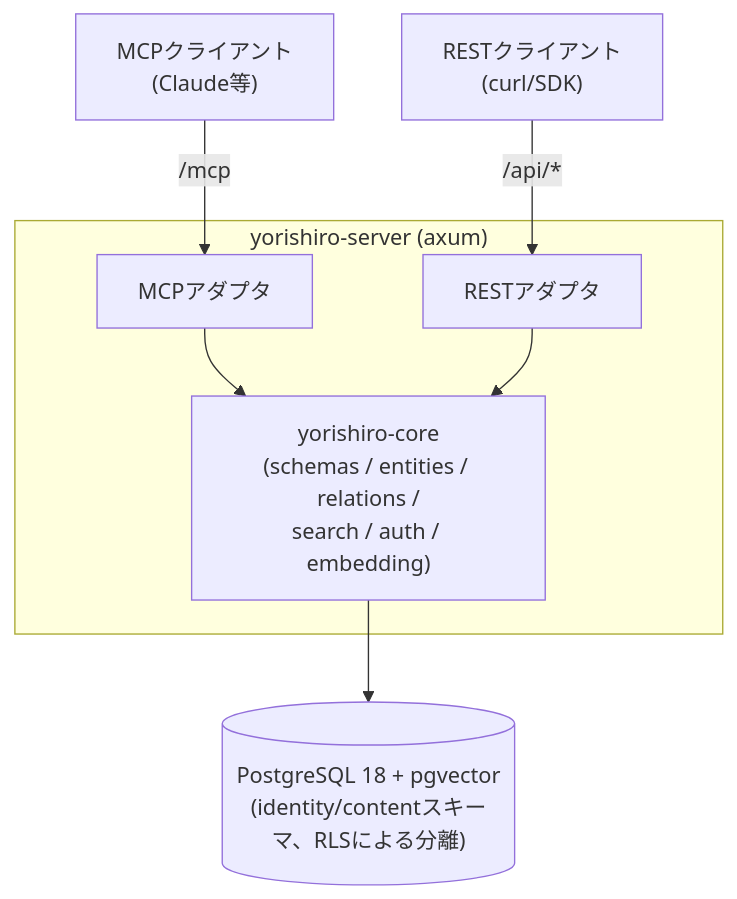
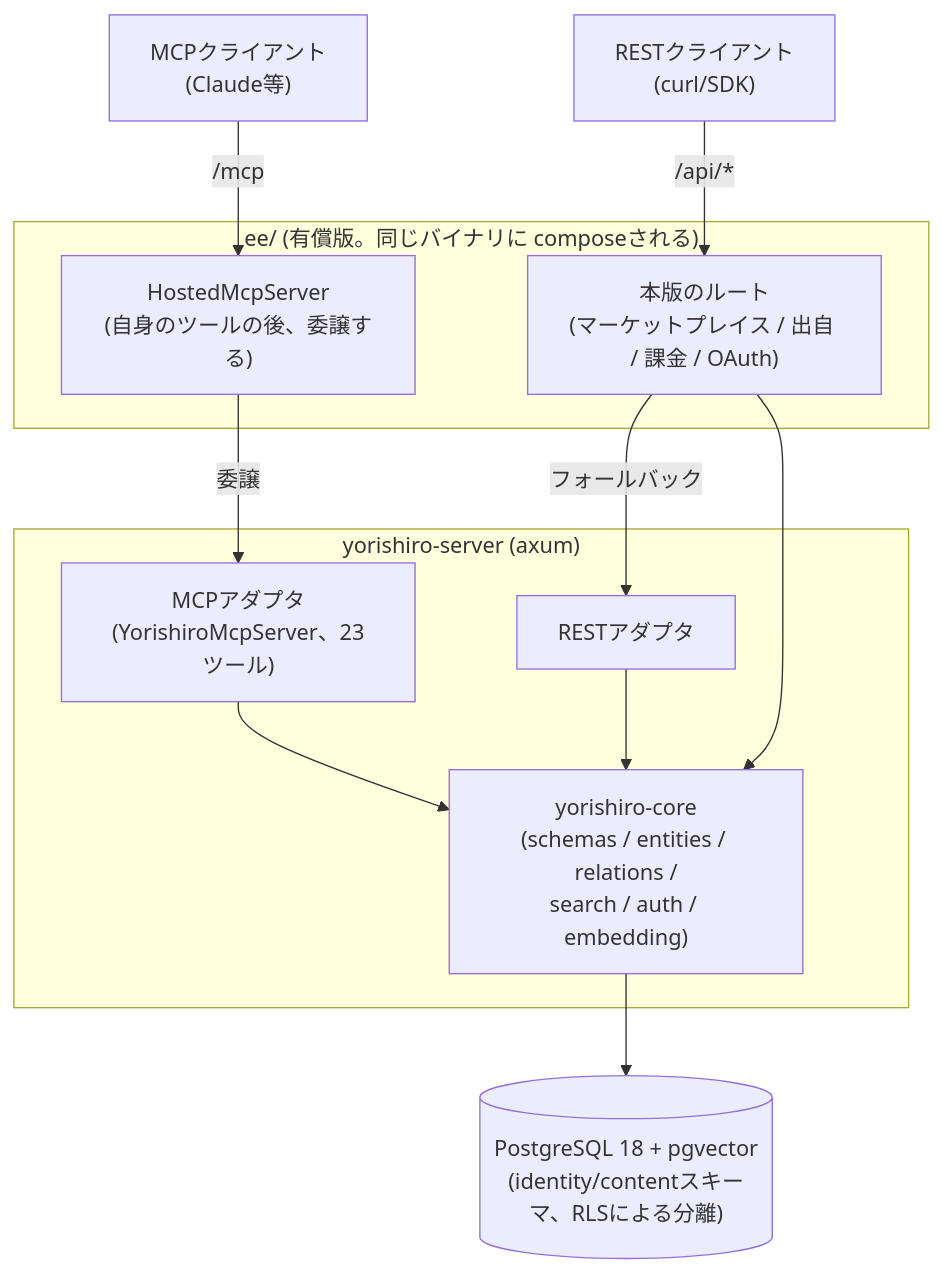
One commit to yorishiro-ai/yorishiro changed the first of 3 diagrams in docs/ja/README.md. Above: the diagram before and after it, drawn with Mermaid. The commit also changed other lines of this file and 3 other files, not shown here.

First line of the commit message:
Give each edition a README, and correct the architecture diagram

````diff
--- a/docs/ja/README.md
+++ b/docs/ja/README.md
@@ -12,19 +12,27 @@
 ```mermaid
 flowchart TD
     MCPClient["MCPクライアント<br/>(Claude等)"]
     RESTClient["RESTクライアント<br/>(curl/SDK)"]
 
+    subgraph Paid["ee/ (有償版。同じバイナリに composeされる)"]
+        HostedMCP["HostedMcpServer<br/>(自身のツールの後、委譲する)"]
+        HostedREST["本版のルート<br/>(マーケットプレイス / 出自 / 課金 / OAuth)"]
+    end
+
     subgraph Server["yorishiro-server (axum)"]
-        MCPAdapter["MCPアダプタ"]
+        MCPAdapter["MCPアダプタ<br/>(YorishiroMcpServer、23ツール)"]
         RESTAdapter["RESTアダプタ"]
         Core["yorishiro-core<br/>(schemas / entities / relations /<br/>search / auth / embedding)"]
         MCPAdapter --> Core
         RESTAdapter --> Core
     end
 
     DB[("PostgreSQL 18 + pgvector<br/>(identity/contentスキーマ、RLSによる分離)")]
 
-    MCPClient -->|"/mcp"| MCPAdapter
-    RESTClient -->|"/api/*"| RESTAdapter
+    MCPClient -->|"/mcp"| HostedMCP
+    RESTClient -->|"/api/*"| HostedREST
+    HostedMCP -->|"委譲"| MCPAdapter
+    HostedREST -->|"フォールバック"| RESTAdapter
+    HostedREST --> Core
     Core --> DB
 ```
````
